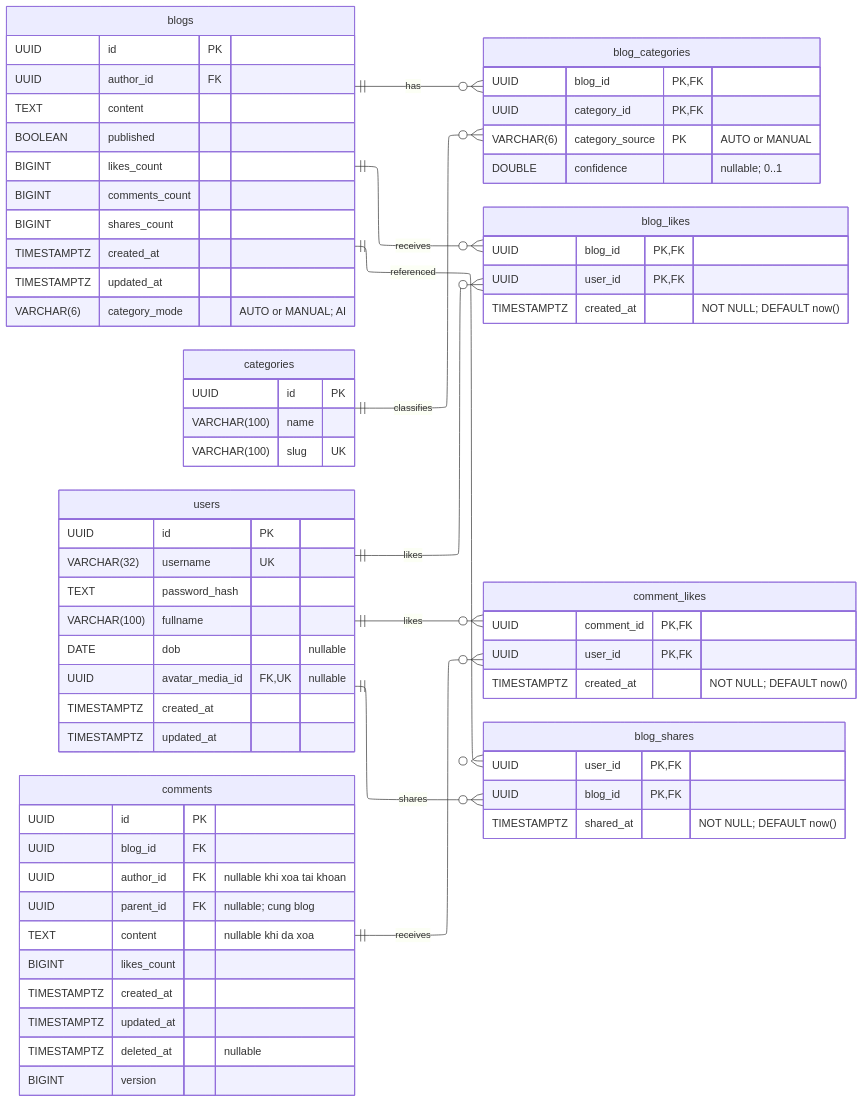
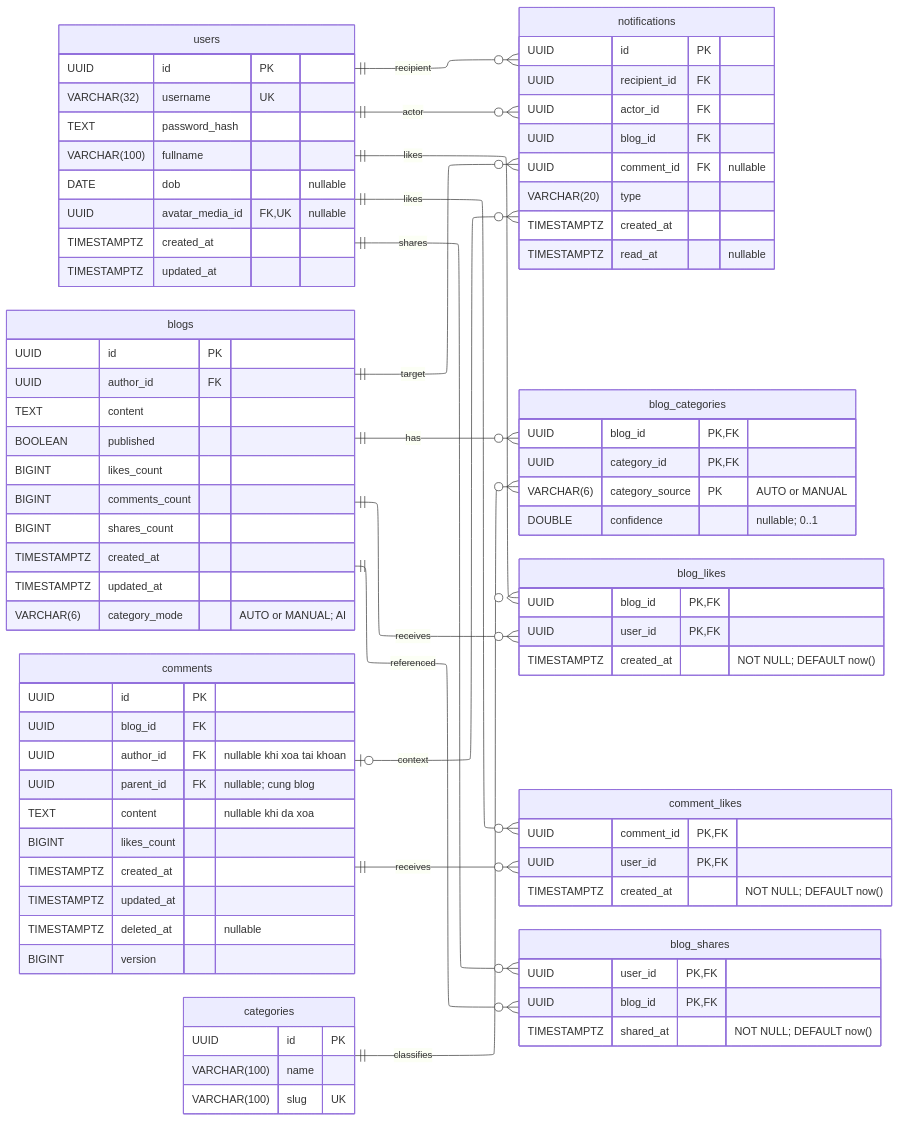
One commit to Ngocanhjr/SoulSpace changed the third of 4 diagrams in docs/spec/03-postgresql.md. Above: the diagram before and after it, drawn with Mermaid. The commit also changed other lines of this file and 108 other files, not shown here.

````diff
--- a/docs/spec/03-postgresql.md
+++ b/docs/spec/03-postgresql.md
@@ -296,6 +312,10 @@
 ---
 erDiagram
     direction LR
+    users ||--o{ notifications : recipient
+    users ||--o{ notifications : actor
+    blogs ||--o{ notifications : target
+    comments o|--o{ notifications : context
     blogs ||--o{ blog_categories : has
     categories ||--o{ blog_categories : classifies
     users ||--o{ blog_likes : likes
@@ -372,4 +392,15 @@
         UUID blog_id PK, FK
         TIMESTAMPTZ shared_at "NOT NULL; DEFAULT now()"
     }
+
+    notifications {
+        UUID id PK
+        UUID recipient_id FK
+        UUID actor_id FK
+        UUID blog_id FK
+        UUID comment_id FK "nullable"
+        VARCHAR(20) type
+        TIMESTAMPTZ created_at
+        TIMESTAMPTZ read_at "nullable"
+    }
 ```
````
